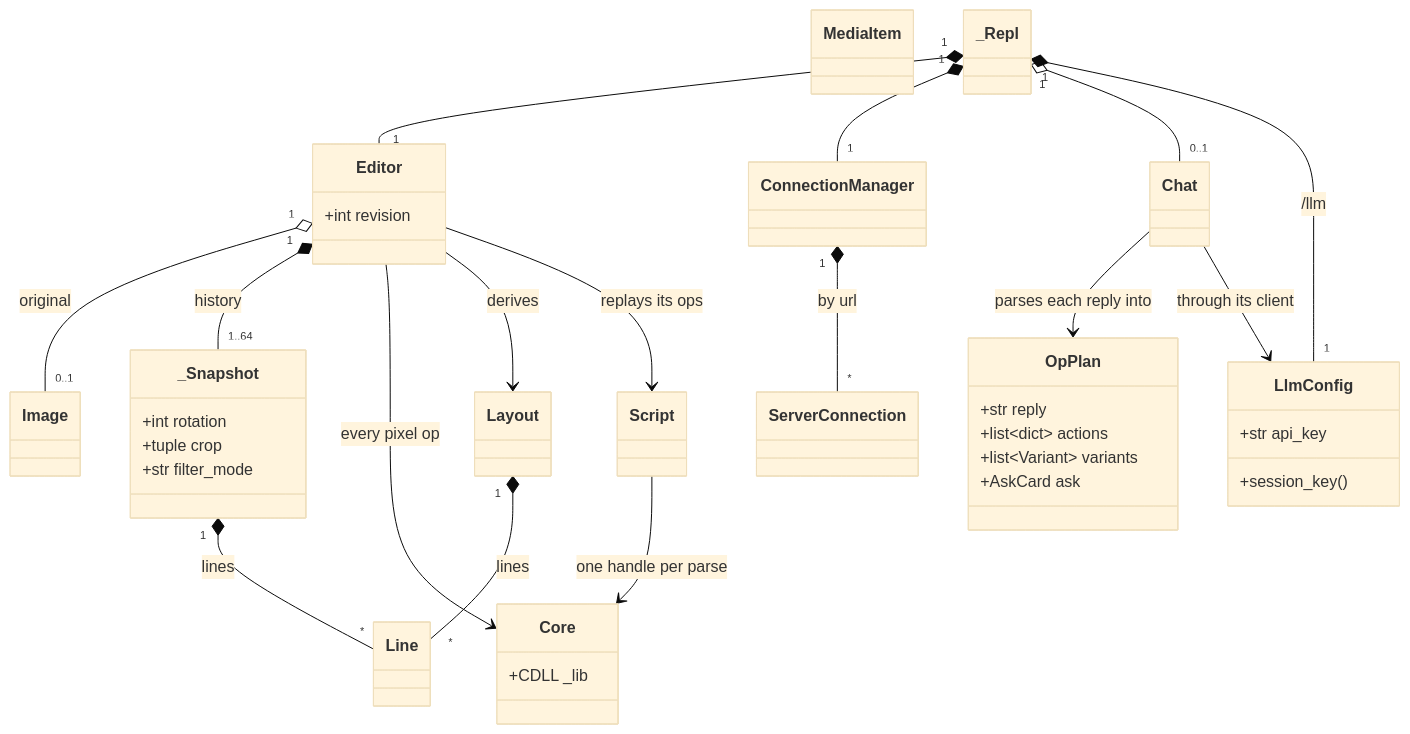
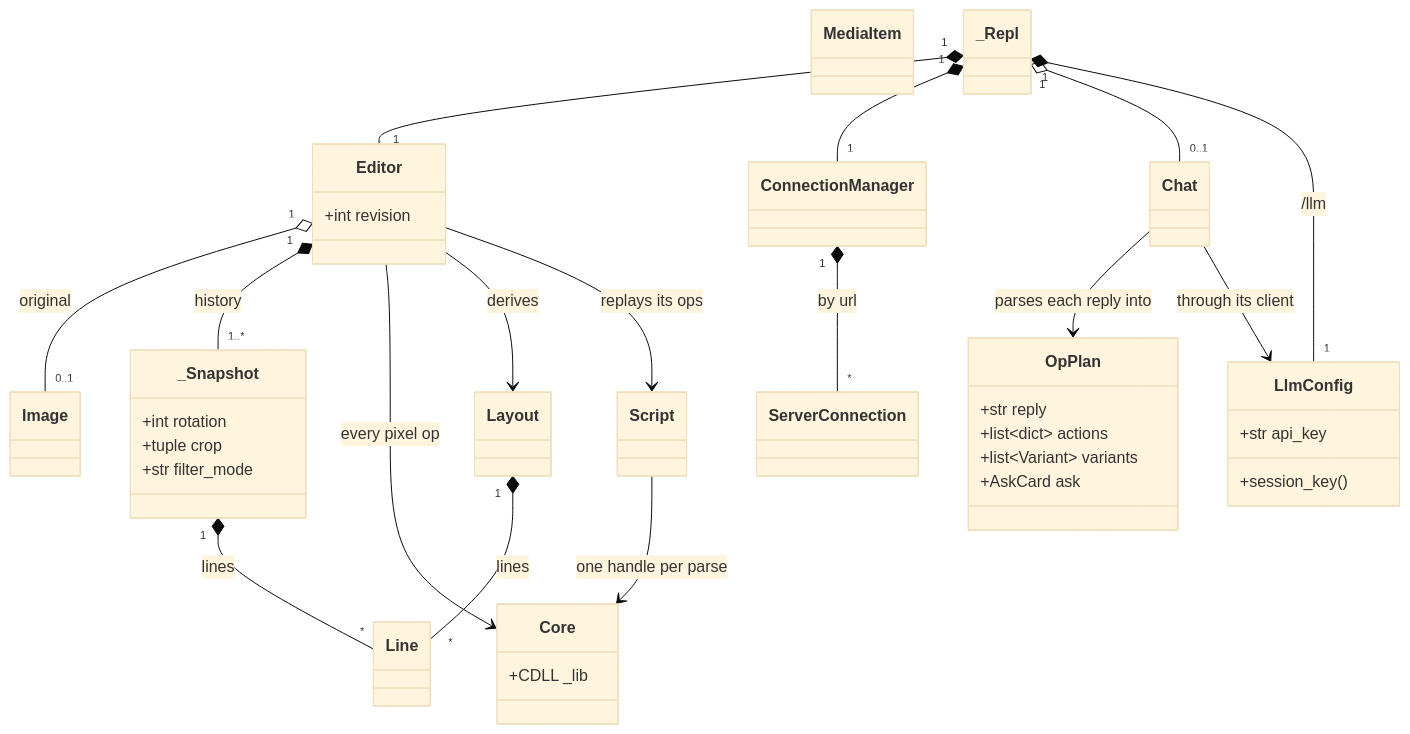
Before and after one commit to andrew1407/stencil: the second of 2 diagrams in pystencil/ARCHITECTURE.md, drawn with Mermaid (base theme). The commit also changed other lines of this file and 11 other files, not shown here.

Commit message:
Trim the architecture docs to design

````diff
--- a/pystencil/ARCHITECTURE.md
+++ b/pystencil/ARCHITECTURE.md
@@ -60,41 +60,41 @@
 ```mermaid
 classDiagram
     class Core {
       +CDLL _lib
     }
     class Snapshot["_Snapshot"] {
       +int rotation
       +tuple crop
       +str filter_mode
     }
     class Editor {
       +int revision
     }
     class OpPlan {
       +str reply
       +list~dict~ actions
       +list~Variant~ variants
       +AskCard ask
     }
     class LlmConfig {
       +str api_key
       +session_key()
     }
     class MediaItem
     class Repl["_Repl"]
     Editor "1" o-- "0..1" Image : original
-    Editor "1" *-- "1..64" Snapshot : history
+    Editor "1" *-- "1..*" Snapshot : history
     Editor --> Core : every pixel op
     Editor --> Layout : derives
     Snapshot "1" *-- "*" Line : lines
     Layout "1" *-- "*" Line : lines
     Script --> Core : one handle per parse
     Editor --> Script : replays its ops
     Chat --> OpPlan : parses each reply into
     ConnectionManager "1" *-- "*" ServerConnection : by url
     Repl "1" *-- "1" Editor
     Repl "1" *-- "1" ConnectionManager
     Repl "1" o-- "0..1" Chat
     Repl "1" *-- "1" LlmConfig : /llm
     Chat --> LlmConfig : through its client
 ```
````
